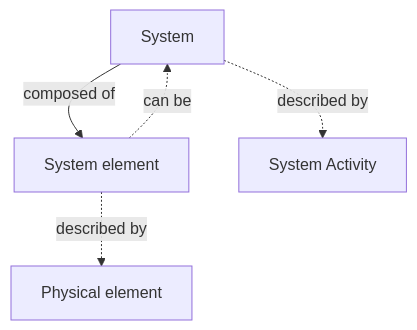
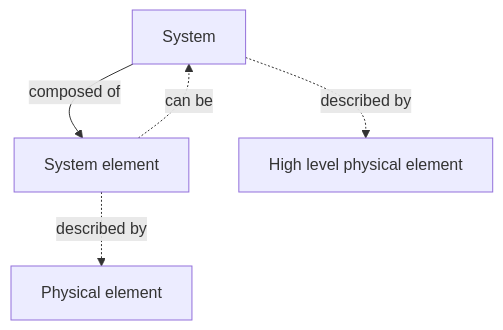
The third of 3 diagrams in glossary.md (3se-framework/3se-onto), drawn with Mermaid before and after one commit. The commit also changed other lines of this file, not shown here.

````diff
--- a/glossary.md
+++ b/glossary.md
@@ -1989,12 +2043,12 @@
 ```mermaid
 flowchart TD
     N1["System"]
     N2["System element"]
-    N3["System Activity"]
+    N3["High level physical element"]
     N4["Physical element"]
 
     N1 -->|composed of| N2
     N1 -.->|described by| N3
     N2 -.->|described by| N4
     N2 -.->|can be| N1
 ```
````
